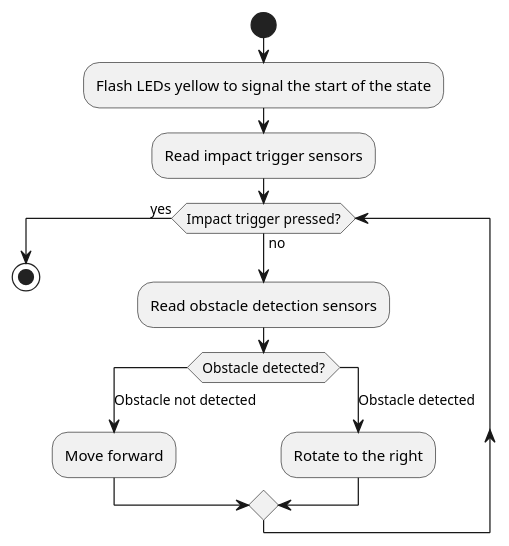
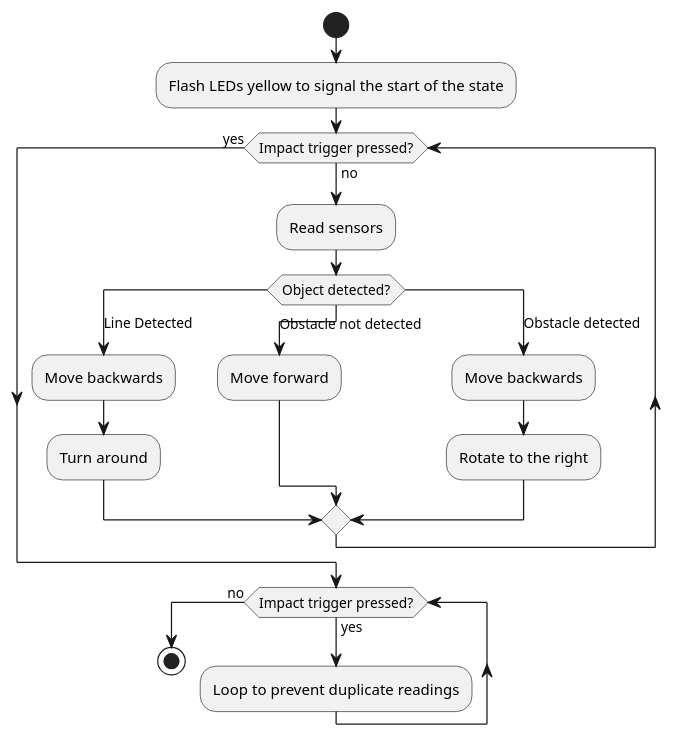
One commit to AndrewH-14/team1-project changed the diagram in uml/extraction.puml. Above: the diagram before and after it, drawn with PlantUML. The commit also changed 12 other files, not shown here.

Commit message:
Finished uml diagrams

```diff
--- a/uml/extraction.puml
+++ b/uml/extraction.puml
@@ -1,15 +1,21 @@
 @startuml
 start
 :Flash LEDs yellow to signal the start of the state;
-:Read impact trigger sensors;
 while (Impact trigger pressed?) is (no)
-:Read obstacle detection sensors;
-switch (Obstacle detected?)
+:Read sensors;
+switch (Object detected?)
+    case (Line Detected)
+        :Move backwards;
+        :Turn around;
     case (Obstacle not detected)
         :Move forward;
     case (Obstacle detected)
+        :Move backwards;
         :Rotate to the right;
 endswitch
 endwhile (yes)
+while (Impact trigger pressed?) is (yes)
+:Loop to prevent duplicate readings;
+endwhile(no)
 stop
 @enduml
```
